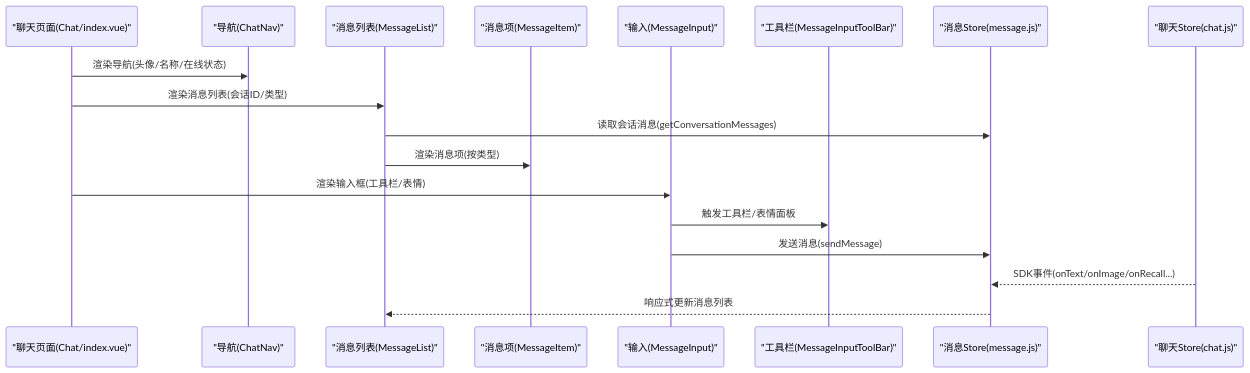
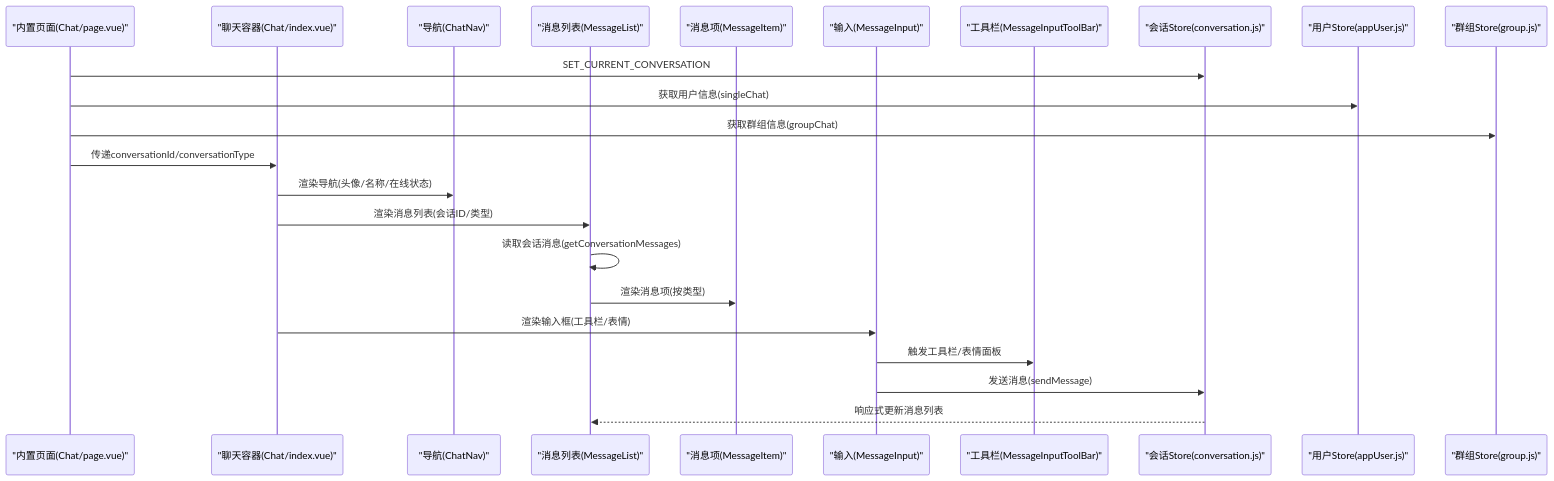
One commit to Easemob-Community/easemob-uikit-uniapp-community changed the second of 3 diagrams in .qoder/repowiki/zh/content/聊天模块/聊天模块.md. Above: the diagram before and after it, drawn with Mermaid. The commit also changed other lines of this file and 11 other files, not shown here.

````diff
--- a/.qoder/repowiki/zh/content/聊天模块/聊天模块.md
+++ b/.qoder/repowiki/zh/content/聊天模块/聊天模块.md
@@ -143,20 +176,25 @@
 ```mermaid
 sequenceDiagram
-participant Page as "聊天页面(Chat/index.vue)"
+participant BuiltInPage as "内置页面(Chat/page.vue)"
+participant ChatContainer as "聊天容器(Chat/index.vue)"
 participant Nav as "导航(ChatNav)"
 participant List as "消息列表(MessageList)"
 participant Item as "消息项(MessageItem)"
 participant Input as "输入(MessageInput)"
 participant Tool as "工具栏(MessageInputToolBar)"
-participant StoreMsg as "消息Store(message.js)"
-participant StoreChat as "聊天Store(chat.js)"
-Page->>Nav : 渲染导航(头像/名称/在线状态)
-Page->>List : 渲染消息列表(会话ID/类型)
-List->>StoreMsg : 读取会话消息(getConversationMessages)
+participant StoreConv as "会话Store(conversation.js)"
+participant StoreUser as "用户Store(appUser.js)"
+participant StoreGroup as "群组Store(group.js)"
+BuiltInPage->>StoreConv : SET_CURRENT_CONVERSATION
+BuiltInPage->>StoreUser : 获取用户信息(singleChat)
+BuiltInPage->>StoreGroup : 获取群组信息(groupChat)
+BuiltInPage->>ChatContainer : 传递conversationId/conversationType
+ChatContainer->>Nav : 渲染导航(头像/名称/在线状态)
+ChatContainer->>List : 渲染消息列表(会话ID/类型)
+List->>List : 读取会话消息(getConversationMessages)
 List->>Item : 渲染消息项(按类型)
-Page->>Input : 渲染输入框(工具栏/表情)
+ChatContainer->>Input : 渲染输入框(工具栏/表情)
 Input->>Tool : 触发工具栏/表情面板
-Input->>StoreMsg : 发送消息(sendMessage)
-StoreChat-->>StoreMsg : SDK事件(onText/onImage/onRecall...)
-StoreMsg-->>List : 响应式更新消息列表
+Input->>StoreConv : 发送消息(sendMessage)
+StoreConv-->>List : 响应式更新消息列表
 ```
````
